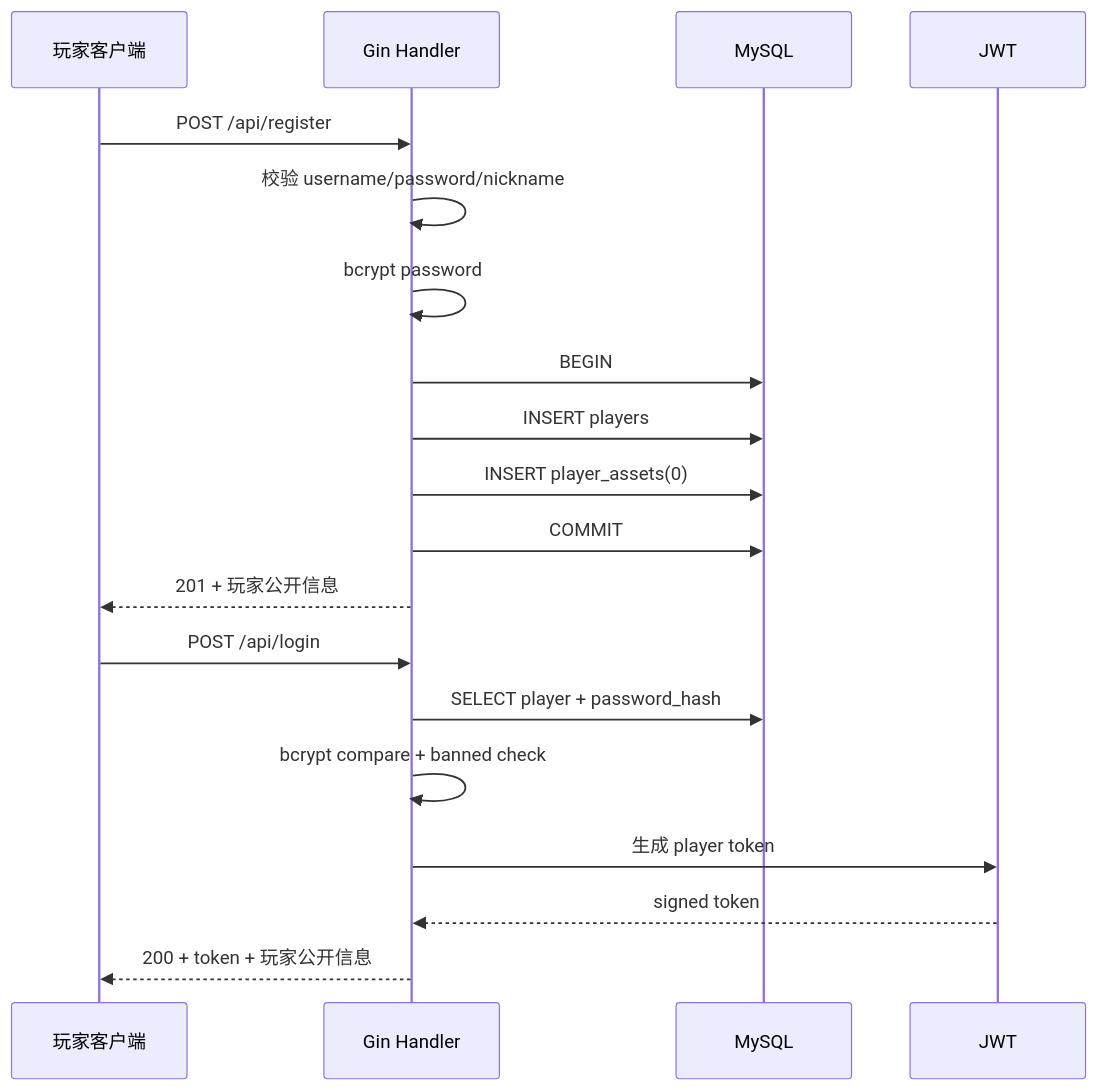
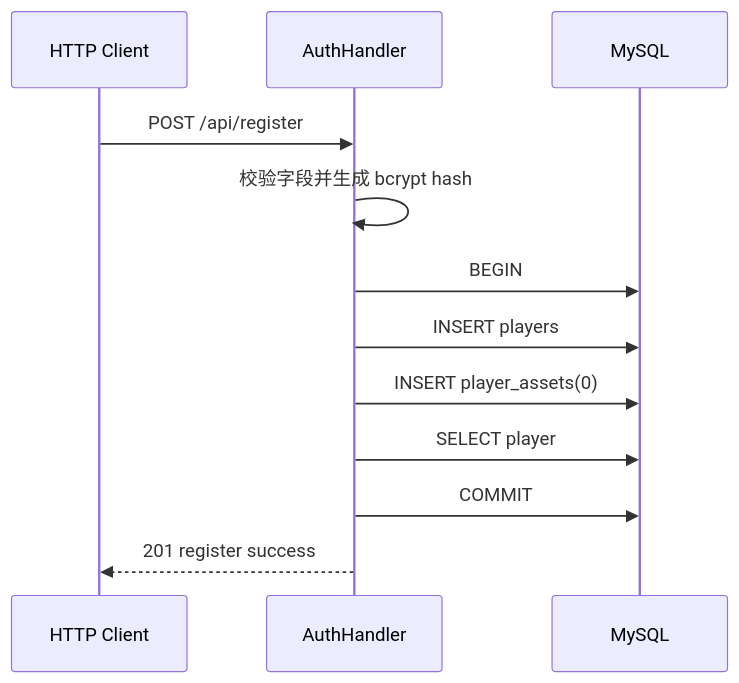
One commit to lki-H/game-realtime-gm changed the first of 6 diagrams in docs/data-flow.md. Above: the diagram before and after it, drawn with Mermaid. The commit also changed other lines of this file and 22 other files, not shown here.

````diff
--- a/docs/data-flow.md
+++ b/docs/data-flow.md
@@ -15,23 +14,15 @@
 ```mermaid
 sequenceDiagram
-    participant Client as 玩家客户端
-    participant Gin as Gin Handler
-    participant MySQL as MySQL
-    participant JWT as JWT
+    participant C as HTTP Client
+    participant H as AuthHandler
+    participant DB as MySQL
 
-    Client->>Gin: POST /api/register
-    Gin->>Gin: 校验 username/password/nickname
-    Gin->>Gin: bcrypt password
-    Gin->>MySQL: BEGIN
-    Gin->>MySQL: INSERT players
-    Gin->>MySQL: INSERT player_assets(0)
-    Gin->>MySQL: COMMIT
-    Gin-->>Client: 201 + 玩家公开信息
-
-    Client->>Gin: POST /api/login
-    Gin->>MySQL: SELECT player + password_hash
-    Gin->>Gin: bcrypt compare + banned check
-    Gin->>JWT: 生成 player token
-    JWT-->>Gin: signed token
-    Gin-->>Client: 200 + token + 玩家公开信息
+    C->>H: POST /api/register
+    H->>H: 校验字段并生成 bcrypt hash
+    H->>DB: BEGIN
+    H->>DB: INSERT players
+    H->>DB: INSERT player_assets(0)
+    H->>DB: SELECT player
+    H->>DB: COMMIT
+    H-->>C: 201 register success
 ```
````
